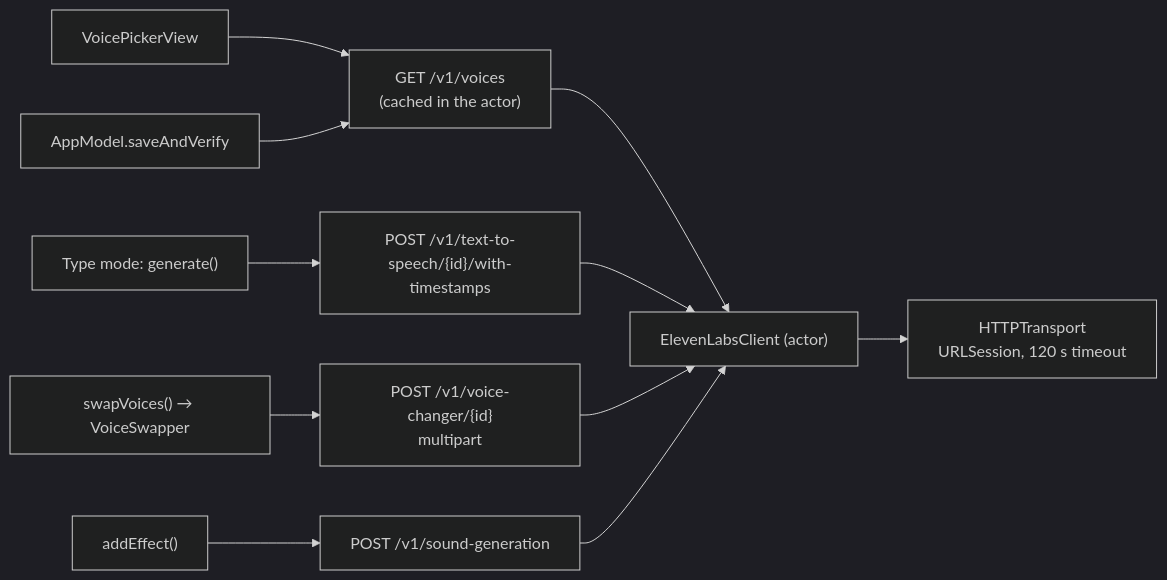
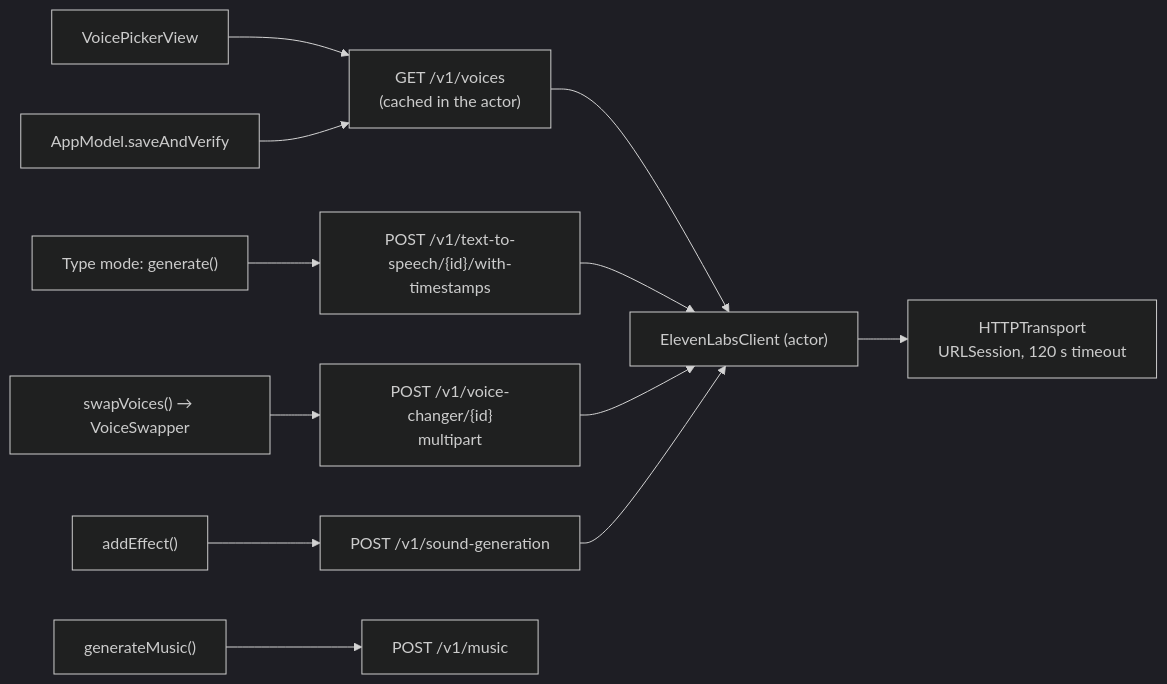
One commit to yvelkoa/VoiceoverStudio changed the first of 3 diagrams in docs/elevenlabs.md. Above: the diagram before and after it, drawn with Mermaid (dark theme). The commit also changed other lines of this file and 22 other files, not shown here.

````diff
--- a/docs/elevenlabs.md
+++ b/docs/elevenlabs.md
@@ -11,10 +11,11 @@
 ```mermaid
 flowchart LR
     VP[VoicePickerView] --> V["GET /v1/voices<br/>(cached in the actor)"]
     AK["AppModel.saveAndVerify"] --> V
     TM["Type mode: generate()"] --> TTS["POST /v1/text-to-speech/{id}/with-timestamps"]
     SW["swapVoices() → VoiceSwapper"] --> STS["POST /v1/voice-changer/{id}<br/>multipart"]
     EF["addEffect()"] --> SFX["POST /v1/sound-generation"]
+    MU["generateMusic()"] --> MUS["POST /v1/music"]
     V & TTS & STS & SFX --> C["ElevenLabsClient (actor)"]
     C --> T["HTTPTransport<br/>URLSession, 120 s timeout"]
 ```
````
